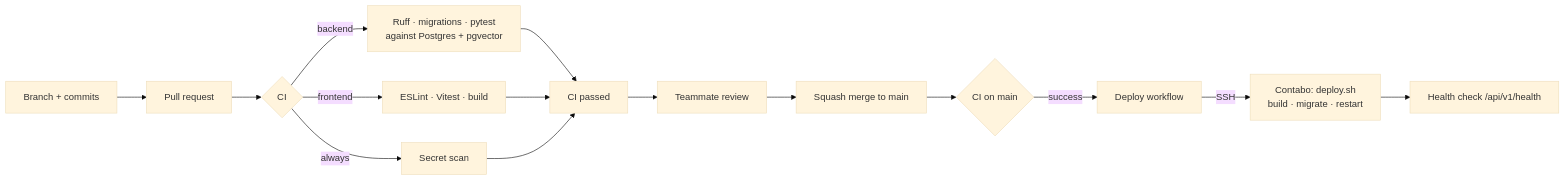
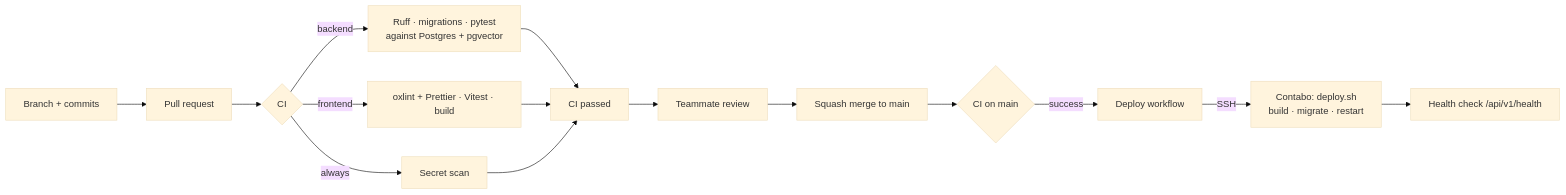
One commit to fetehadin/post-generator changed the diagram in docs/CI_CD.md. Above: the diagram before and after it, drawn with Mermaid (base theme). The commit also changed 22 other files, not shown here.

````diff
--- a/docs/CI_CD.md
+++ b/docs/CI_CD.md
@@ -5,15 +5,15 @@
 ```mermaid
 flowchart LR
     B[Branch + commits] --> PR[Pull request]
     PR --> CI{CI}
     CI -->|backend| BE[Ruff · migrations · pytest<br/>against Postgres + pgvector]
-    CI -->|frontend| FE[ESLint · Vitest · build]
+    CI -->|frontend| FE[oxlint + Prettier · Vitest · build]
     CI -->|always| SS[Secret scan]
     BE & FE & SS --> OK[CI passed]
     OK --> RV[Teammate review]
     RV --> M[Squash merge to main]
     M --> CI2{CI on main}
     CI2 -->|success| D[Deploy workflow]
     D -->|SSH| S[Contabo: deploy.sh<br/>build · migrate · restart]
     S --> H[Health check /api/v1/health]
 ```
````
